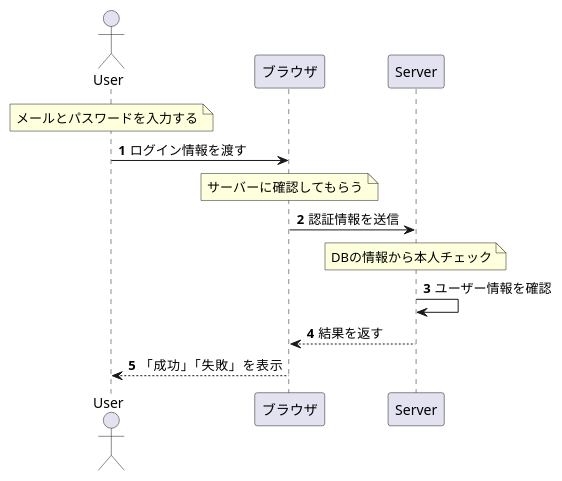
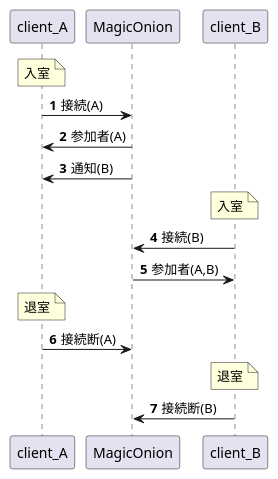
Before and after one commit to Emedia39/realtime-game: the diagram in docs/diagrams/er/01er.puml, drawn with PlantUML. The commit also changed 4 other files, not shown here.

```diff
--- a/docs/diagrams/er/01er.puml
+++ b/docs/diagrams/er/01er.puml
@@ -1,28 +1,28 @@
 @startuml
-
+' シングルクォートで図には反映されないコメントを書ける
 '12_1で8ページ
 'https://plantuml.com/sequence-diagram
 
 ' 図に表示する要素を定義
-actor User as ユーザー
-participant ブラウザ
-participant Server as サーバー
+participant client_A as クライアントA
+participant MagicOnion as マジックオンライン
+participant client_B as クライアントB
 
 ' 処理に連番を自動付与
 autonumber
 ' noteで図の中にコメントを付与
-' シングルクォートで図には反映されないコメントを書ける
-note over ユーザー: メールとパスワードを入力する
-ユーザー -> ブラウザ: ログイン情報を渡す
+note over クライアントA: 入室
+クライアントA -> マジックオンライン: 接続(A)
+マジックオンライン -> クライアントA: 参加者(A)
+マジックオンライン -> クライアントA: 通知(B)
 
-' 直線の矢印は ->。直線はリクエストを表す
-note over ブラウザ: サーバーに確認してもらう
-ブラウザ -> サーバー: 認証情報を送信
+note over クライアントB: 入室
+クライアントB -> マジックオンライン: 接続(B)
+マジックオンライン -> クライアントB: 参加者(A,B)
 
-note over サーバー: DBの情報から本人チェック
-サーバー -> サーバー: ユーザー情報を確認
+note over クライアントA: 退室
+クライアントA -> マジックオンライン: 接続断(A)
 
-' 点線の矢印は -->。点線はレスポンスを表す
-サーバー --> ブラウザ: 結果を返す
-ブラウザ --> ユーザー: 「成功」「失敗」を表示
+note over クライアントB: 退室
+クライアントB -> マジックオンライン: 接続断(B)
 @enduml
```
